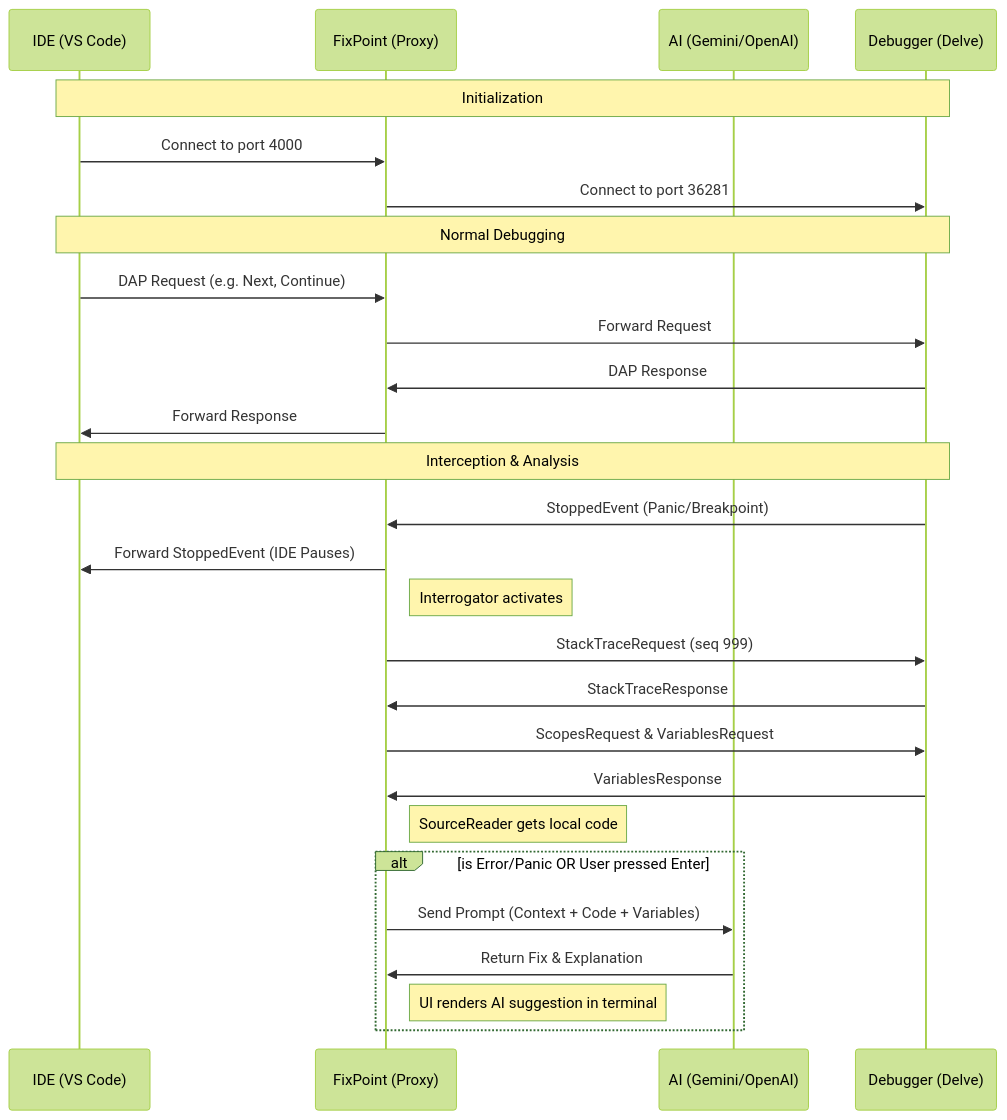
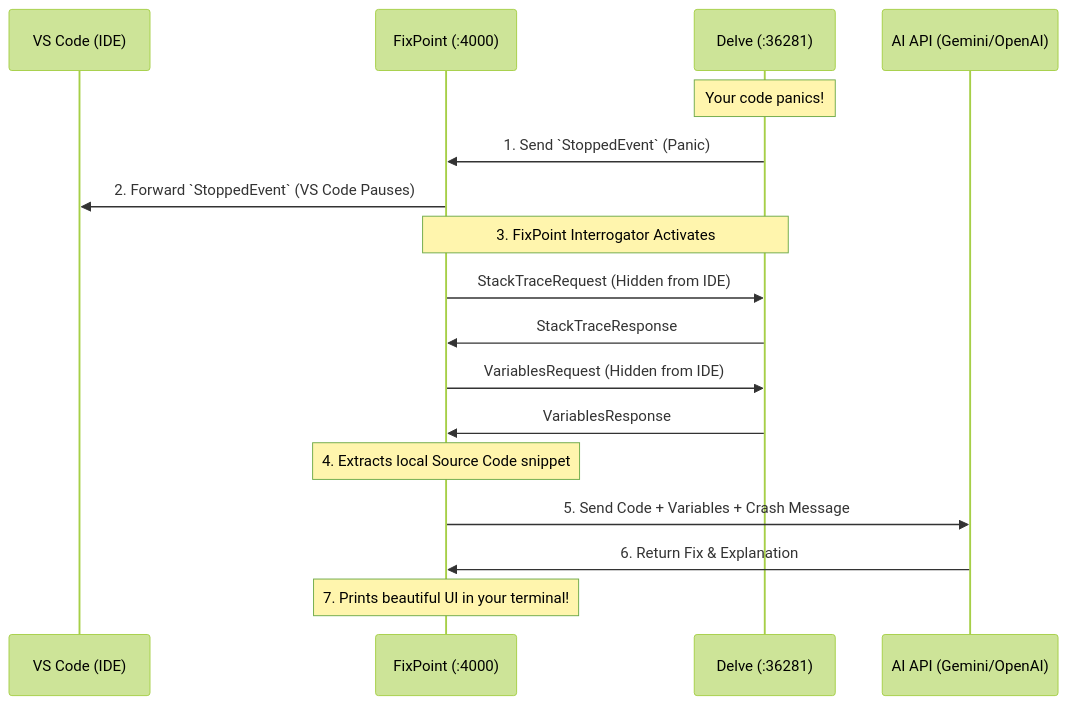
Before and after one commit to prashantsaxe/fixPoint: the third of 3 diagrams in ARCHITECTURE.md, drawn with Mermaid (forest theme). The commit also changed other lines of this file and 6 other files, not shown here.

````diff
--- a/ARCHITECTURE.md
+++ b/ARCHITECTURE.md
@@ -59,35 +68,24 @@
 ```mermaid
 sequenceDiagram
-    participant IDE as IDE (VS Code)
-    participant FP as FixPoint (Proxy)
-    participant AI as AI (Gemini/OpenAI)
-    participant DAP as Debugger (Delve)
+    participant IDE as VS Code (IDE)
+    participant FP as FixPoint (:4000)
+    participant DAP as Delve (:36281)
+    participant AI as AI API (Gemini/OpenAI)
 
-    Note over IDE, DAP: Initialization
-    IDE->>FP: Connect to port 4000
-    FP->>DAP: Connect to port 36281
+    Note over DAP: Your code panics!
+    DAP->>FP: 1. Send `StoppedEvent` (Panic)
+    FP->>IDE: 2. Forward `StoppedEvent` (VS Code Pauses)
     
-    Note over IDE, DAP: Normal Debugging
-    IDE->>FP: DAP Request (e.g. Next, Continue)
-    FP->>DAP: Forward Request
-    DAP->>FP: DAP Response
-    FP->>IDE: Forward Response
-
-    Note over IDE, DAP: Interception & Analysis
-    DAP->>FP: StoppedEvent (Panic/Breakpoint)
-    FP->>IDE: Forward StoppedEvent (IDE Pauses)
-    
-    Note right of FP: Interrogator activates
-    FP->>DAP: StackTraceRequest (seq 999)
+    Note over FP, DAP: 3. FixPoint Interrogator Activates
+    FP->>DAP: StackTraceRequest (Hidden from IDE)
     DAP->>FP: StackTraceResponse
-    FP->>DAP: ScopesRequest & VariablesRequest
+    FP->>DAP: VariablesRequest (Hidden from IDE)
     DAP->>FP: VariablesResponse
     
-    Note right of FP: SourceReader gets local code
+    Note over FP: 4. Extracts local Source Code snippet
     
-    alt is Error/Panic OR User pressed Enter
-        FP->>AI: Send Prompt (Context + Code + Variables)
-        AI->>FP: Return Fix & Explanation
-        Note right of FP: UI renders AI suggestion in terminal
-    end
+    FP->>AI: 5. Send Code + Variables + Crash Message
+    AI->>FP: 6. Return Fix & Explanation
+    
+    Note over FP: 7. Prints beautiful UI in your terminal!
 ```
````
